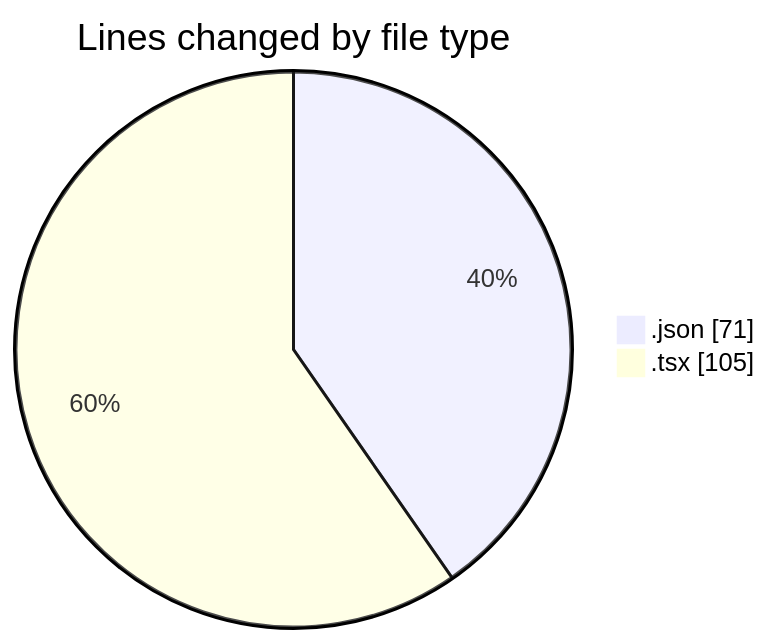
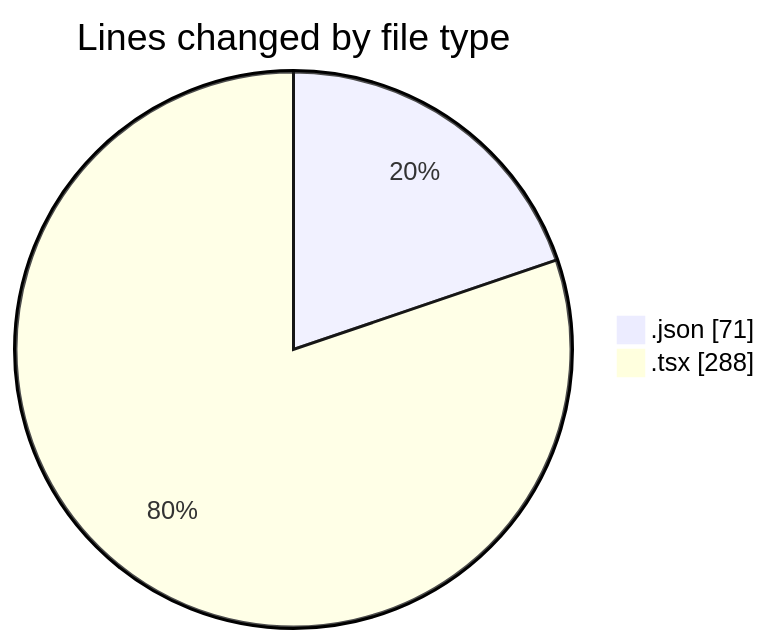
Before and after one commit to momahboobian/code-tracking: the first of 2 diagrams in 2026-01-14/cda/README.md, drawn with Mermaid. The commit also changed other lines of this file and 1 other file, not shown here.

````diff
--- a/2026-01-14/cda/README.md
+++ b/2026-01-14/cda/README.md
@@ -21,6 +22,6 @@
 ```mermaid
 pie showData
 title Lines changed by file type
 ".json" : 71
-".tsx" : 105
+".tsx" : 288
 ```
````
